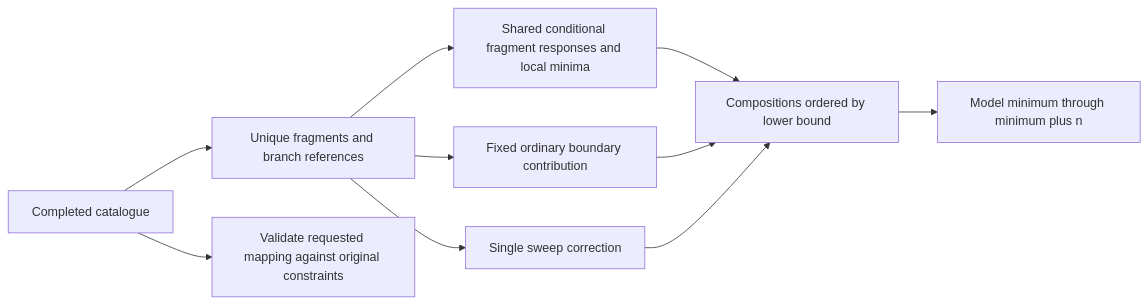
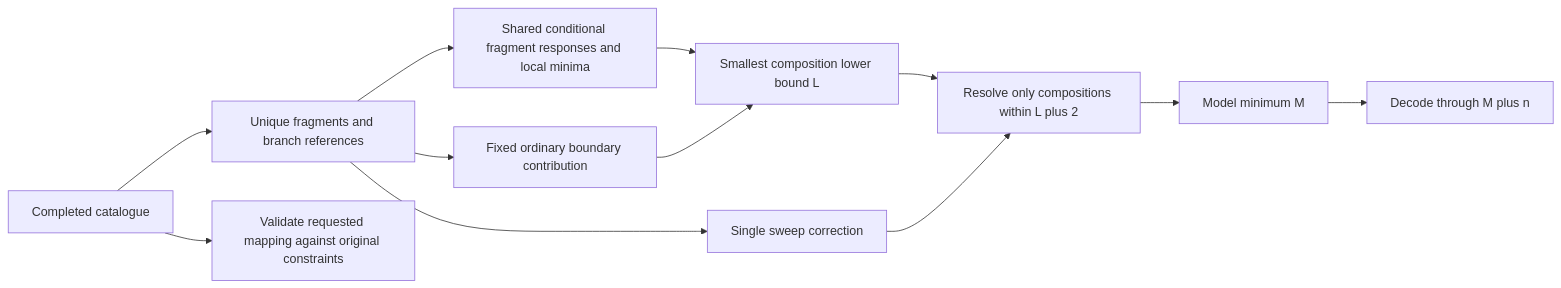
Before and after one commit to yunhzou/MAPPA-AAM: the fifth of 6 diagrams in design.md, drawn with Mermaid. The commit also changed other lines of this file and 7 other files, not shown here.

Commit message:
Bound initial sweep decoding by the fragment minimum plus two

````diff
--- a/design.md
+++ b/design.md
@@ -377,12 +377,14 @@
 ```mermaid
 flowchart LR
     Catalogue[Completed catalogue] --> Inventory[Unique fragments and branch references]
     Inventory --> Local[Shared conditional fragment responses and local minima]
     Inventory --> Boundary[Fixed ordinary boundary contribution]
     Inventory --> Sweep[Single sweep correction]
-    Local --> Compose[Compositions ordered by lower bound]
-    Boundary --> Compose
-    Sweep --> Compose
-    Compose --> Window[Model minimum through minimum plus n]
+    Local --> Lower[Smallest composition lower bound L]
+    Boundary --> Lower
+    Lower --> Initial[Resolve only compositions within L plus 2]
+    Sweep --> Initial
+    Initial --> Minimum[Model minimum M]
+    Minimum --> Window[Decode through M plus n]
     Catalogue --> Realize[Validate requested mapping against original constraints]
 ```
````
